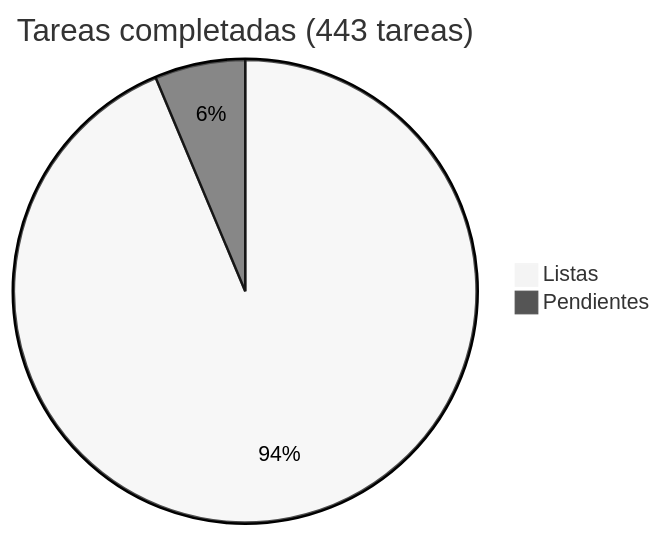
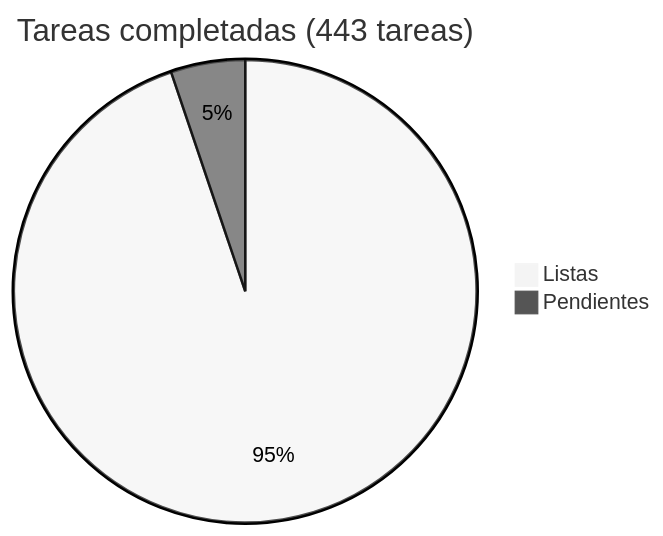
The diagram in docs/roadmap/README.md (araguaney-lat/araguaney), drawn with Mermaid (neutral theme) before and after one commit. The commit also changed other lines of this file and 10 other files, not shown here.

````diff
--- a/docs/roadmap/README.md
+++ b/docs/roadmap/README.md
@@ -5,5 +5,5 @@
 ```mermaid
 pie title Tareas completadas (443 tareas)
-    "Listas" : 415
-    "Pendientes" : 28
+    "Listas" : 420
+    "Pendientes" : 23
 ```
````
